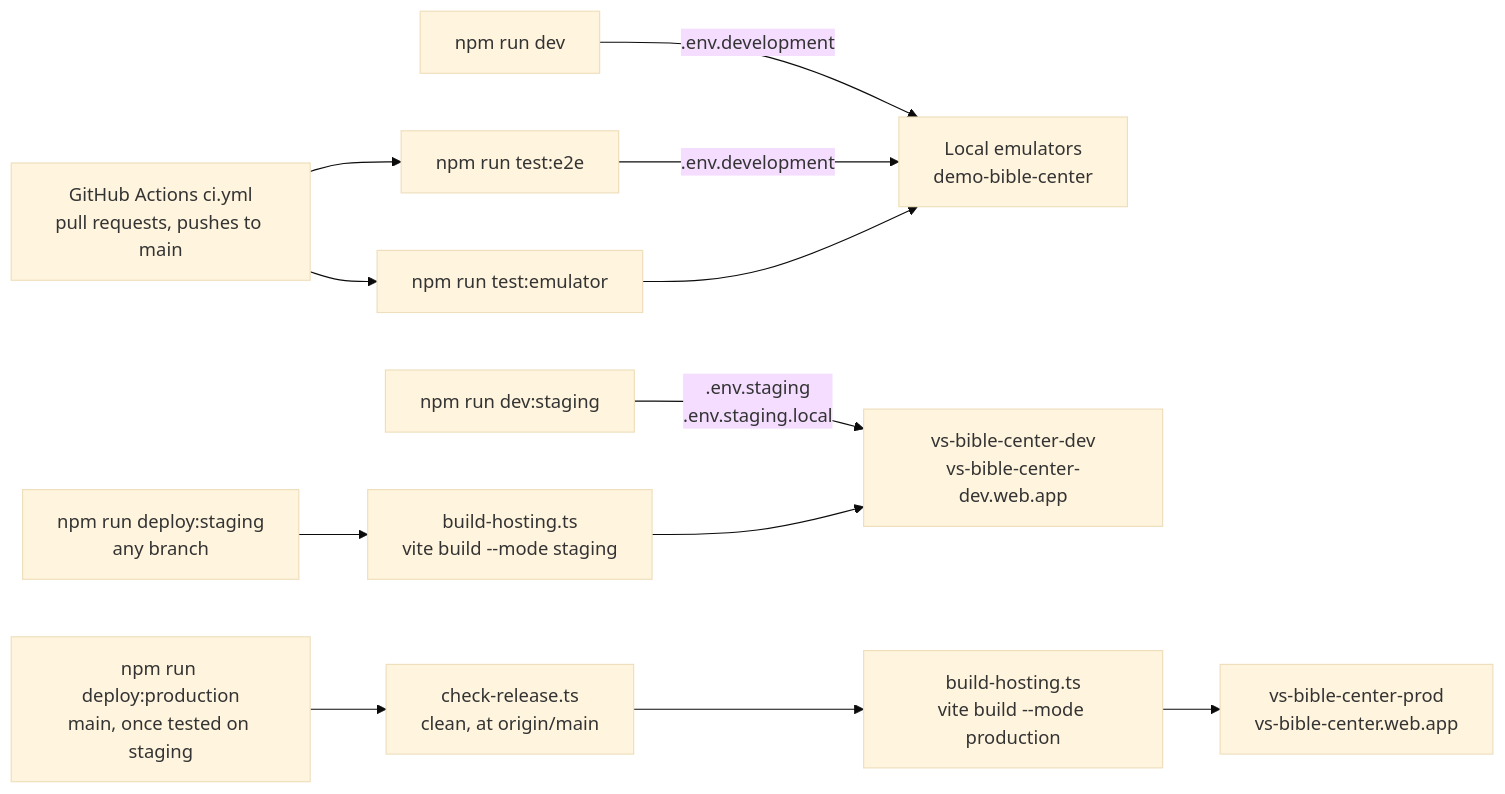
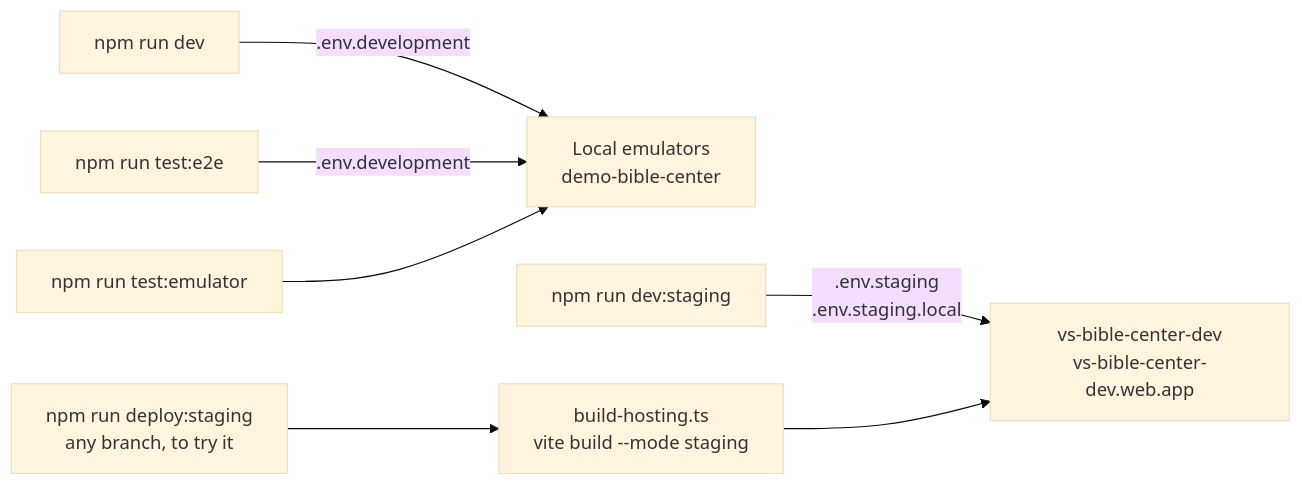
Diagram 25 of 26 in ARCHITECTURE.md (Valiance-Studios/bible-center), drawn with Mermaid (base theme) before and after one commit. The commit also changed other lines of this file and 6 other files, not shown here.

First line of the commit message:
Release to staging and production automatically on merges to main (#39)

````diff
--- a/ARCHITECTURE.md
+++ b/ARCHITECTURE.md
@@ -847,14 +849,9 @@
 ```mermaid
 flowchart LR
   dev["npm run dev"] -- ".env.development" --> emulators["Local emulators<br/>demo-bible-center"]
   e2e["npm run test:e2e"] -- ".env.development" --> emulators
   rules["npm run test:emulator"] --> emulators
-  ci["GitHub Actions ci.yml<br/>pull requests, pushes to main"] --> e2e
-  ci --> rules
   devStaging["npm run dev:staging"] -- ".env.staging<br/>.env.staging.local" --> staging["vs-bible-center-dev<br/>vs-bible-center-dev.web.app"]
-  deployStaging["npm run deploy:staging<br/>any branch"] --> buildStaging["build-hosting.ts<br/>vite build --mode staging"]
+  deployStaging["npm run deploy:staging<br/>any branch, to try it"] --> buildStaging["build-hosting.ts<br/>vite build --mode staging"]
   buildStaging --> staging
-  deployProd["npm run deploy:production<br/>main, once tested on staging"] --> release["check-release.ts<br/>clean, at origin/main"]
-  release --> buildProd["build-hosting.ts<br/>vite build --mode production"]
-  buildProd --> production["vs-bible-center-prod<br/>vs-bible-center.web.app"]
 ```
````
